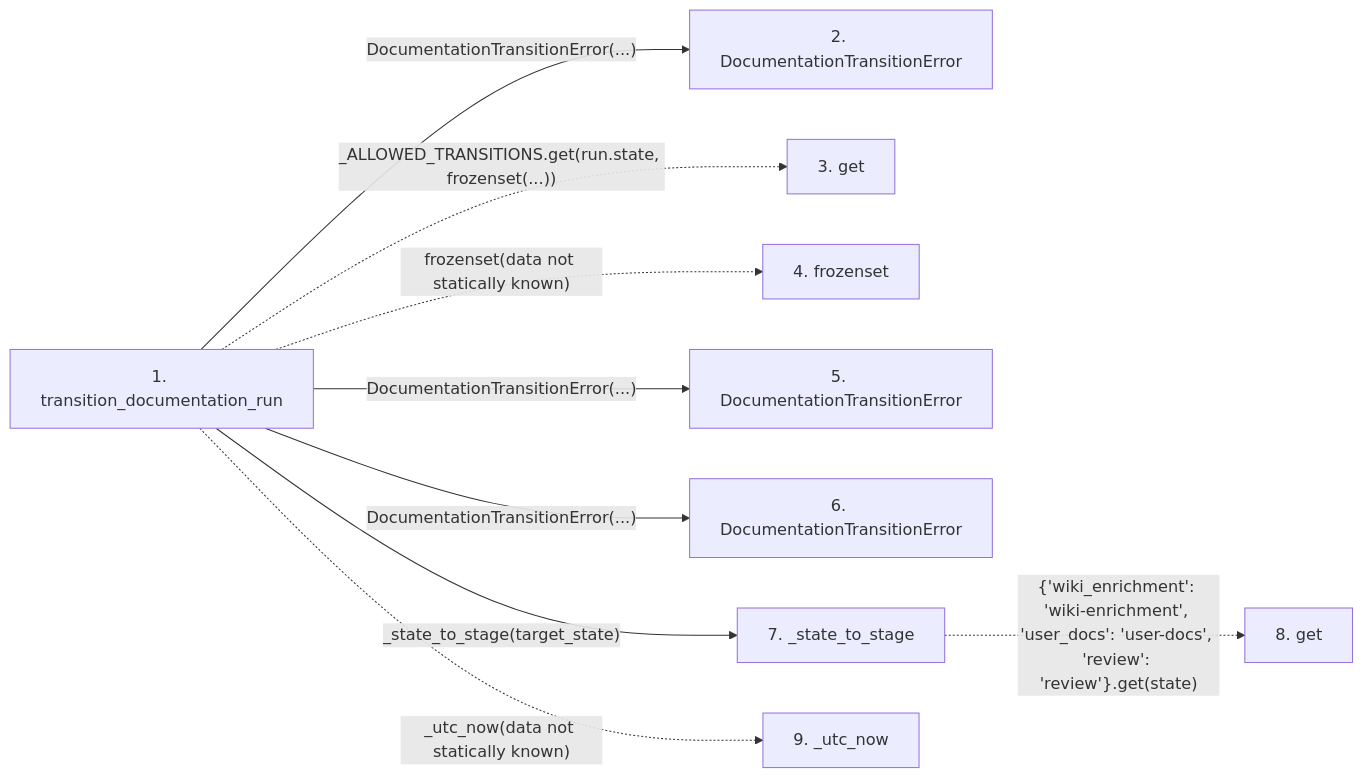
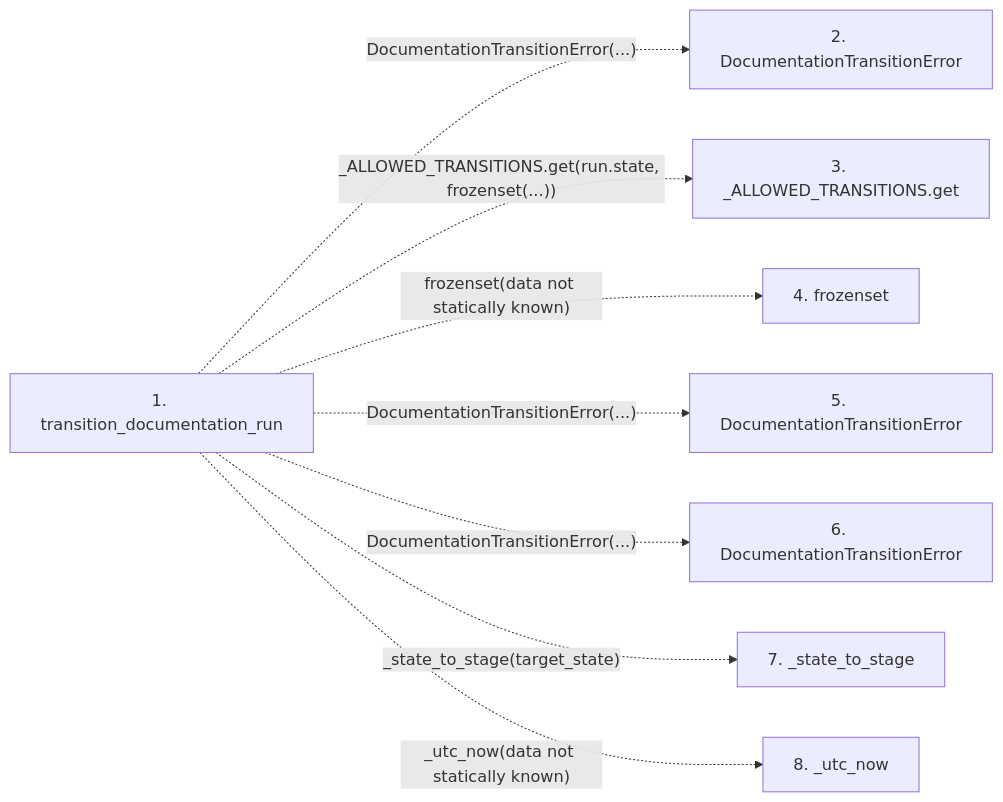
One commit to Denissvgn/python-wiki-llm changed the second of 2 diagrams in docs/llm_wiki/flows/api-transition_documentation_run.md. Above: the diagram before and after it, drawn with Mermaid. The commit also changed other lines of this file and 719 other files, not shown here.

````diff
--- a/docs/llm_wiki/flows/api-transition_documentation_run.md
+++ b/docs/llm_wiki/flows/api-transition_documentation_run.md
@@ -31,25 +30,19 @@
 ```mermaid
 flowchart LR
     s1["1. transition_documentation_run"]
     s2["2. DocumentationTransitionError"]
-    s3["3. get"]
+    s3["3. _ALLOWED_TRANSITIONS.get"]
     s4["4. frozenset"]
     s5["5. DocumentationTransitionError"]
     s6["6. DocumentationTransitionError"]
     s7["7. _state_to_stage"]
-    s8["8. get"]
-    s9["9. _utc_now"]
-    s1 -->|"DocumentationTransitionError(...)"| s2
+    s8["8. _utc_now"]
+    s1 -. "DocumentationTransitionError(...)" .-> s2
     s1 -. "_ALLOWED_TRANSITIONS.get(run.state, frozenset(...))" .-> s3
     s1 -. "frozenset(data not statically known)" .-> s4
-    s1 -->|"DocumentationTransitionError(...)"| s5
-    s1 -->|"DocumentationTransitionError(...)"| s6
-    s1 -->|"_state_to_stage(target_state)"| s7
-    s7 -. "{'wiki_enrichment': 'wiki-enrichment', 'user_docs': 'user-docs', 'review': 'review'}.get(state)" .-> s8
-    s1 -. "_utc_now(data not statically known)" .-> s9
+    s1 -. "DocumentationTransitionError(...)" .-> s5
+    s1 -. "DocumentationTransitionError(...)" .-> s6
+    s1 -. "_state_to_stage(target_state)" .-> s7
+    s1 -. "_utc_now(data not statically known)" .-> s8
     click s1 "../modules/workspace.md"
-    click s2 "../modules/documentation_run_contracts.md"
-    click s5 "../modules/documentation_run_contracts.md"
-    click s6 "../modules/documentation_run_contracts.md"
-    click s7 "../modules/documentation_run_contracts.md"
 ```
````
